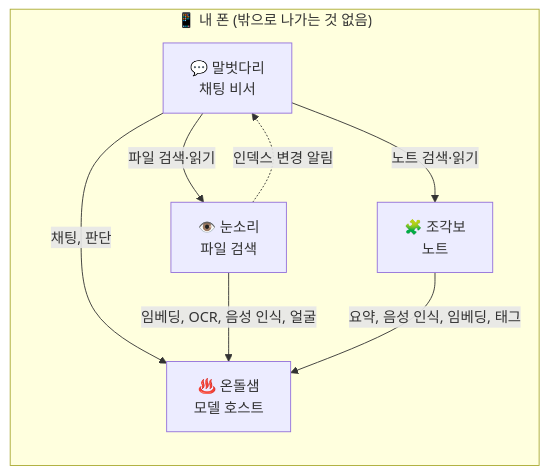
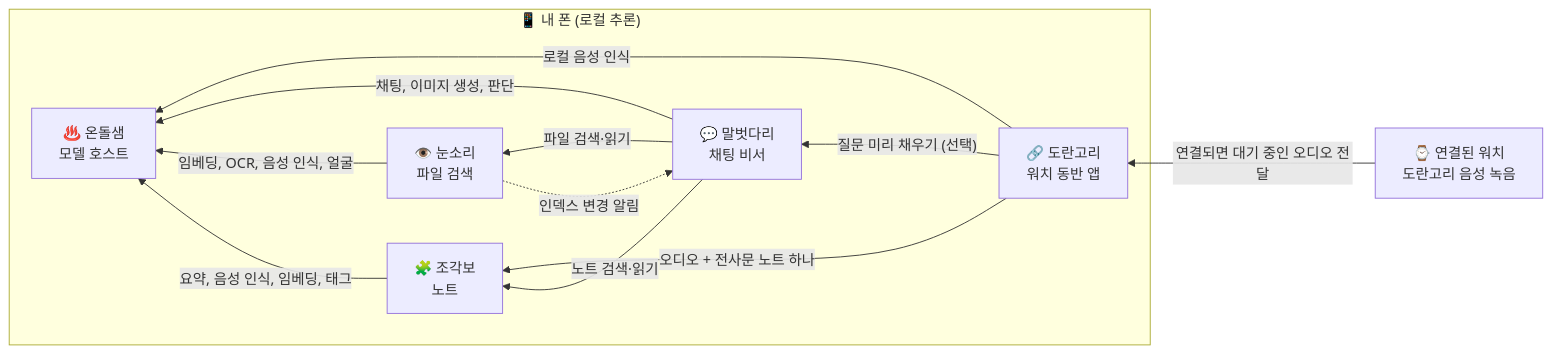
Before and after one commit to sonanjip/.github: the diagram in profile/README.ko.md, drawn with Mermaid. The commit also changed other lines of this file and 1 other file, not shown here.

Commit message:
Profile: add Dorangori (phone + Wear OS) with demo GIF, en/ko

````diff
--- a/profile/README.ko.md
+++ b/profile/README.ko.md
@@ -26,15 +33,21 @@
 ```mermaid
 flowchart RL
-    subgraph phone["📱 내 폰 (밖으로 나가는 것 없음)"]
+    W["⌚ 연결된 워치<br/>도란고리 음성 녹음"]
+    subgraph phone["📱 내 폰 (로컬 추론)"]
+        D["🔗 도란고리<br/>워치 동반 앱"]
         M["💬 말벗다리<br/>채팅 비서"]
         N["👁️ 눈소리<br/>파일 검색"]
         J["🧩 조각보<br/>노트"]
         O["♨️ 온돌샘<br/>모델 호스트"]
     end
+    W -- "연결되면 대기 중인 오디오 전달" --> D
+    D -- "로컬 음성 인식" --> O
+    D -- "질문 미리 채우기 (선택)" --> M
+    D -- "오디오 + 전사문 노트 하나" --> J
     M -- "파일 검색·읽기" --> N
     M -- "노트 검색·읽기" --> J
     N -. "인덱스 변경 알림" .-> M
-    M -- "채팅, 판단" --> O
+    M -- "채팅, 이미지 생성, 판단" --> O
     N -- "임베딩, OCR, 음성 인식, 얼굴" --> O
     J -- "요약, 음성 인식, 임베딩, 태그" --> O
 ```
````
